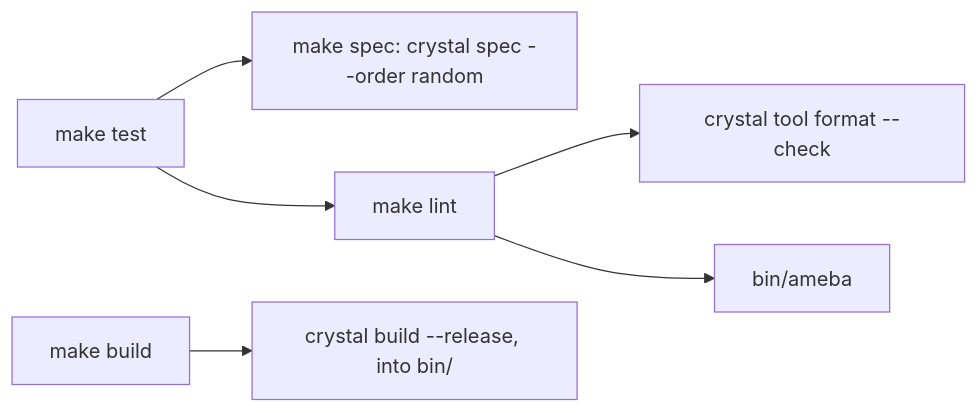
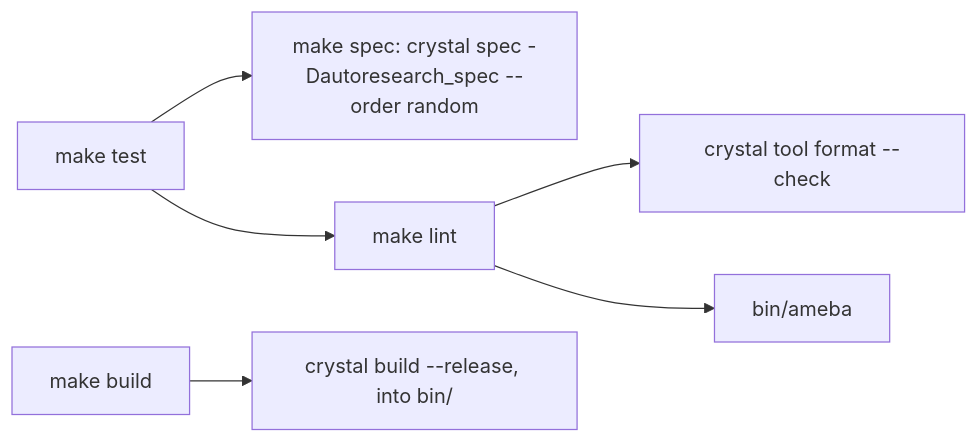
The diagram in DEVELOPMENT.md (nogginly/autoresearch.cr), drawn with Mermaid before and after one commit. The commit also changed other lines of this file and 2 other files, not shown here.

````diff
--- a/DEVELOPMENT.md
+++ b/DEVELOPMENT.md
@@ -32,8 +34,8 @@
 ```mermaid
 flowchart LR
-    T["make test"] --> S["make spec: crystal spec --order random"]
+    T["make test"] --> S["make spec: crystal spec -Dautoresearch_spec --order random"]
     T --> L["make lint"]
     L --> F["crystal tool format --check"]
     L --> A["bin/ameba"]
     B["make build"] --> R["crystal build --release, into bin/"]
 ```
````
